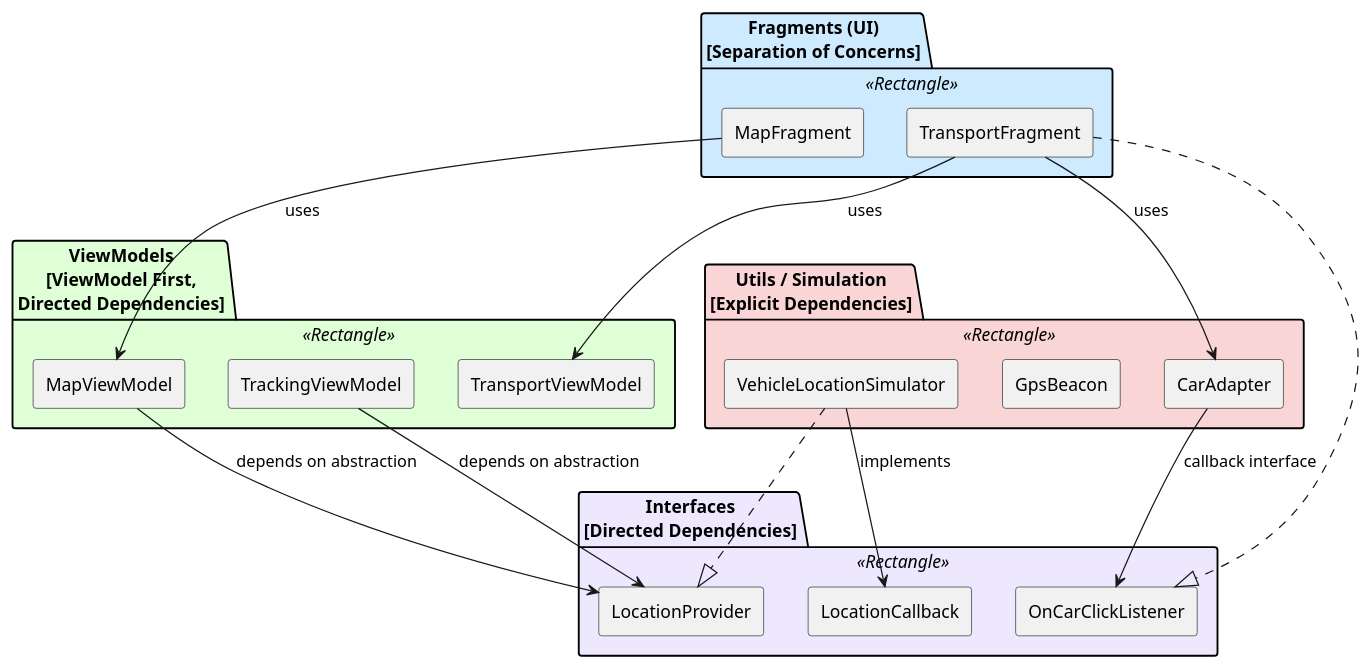
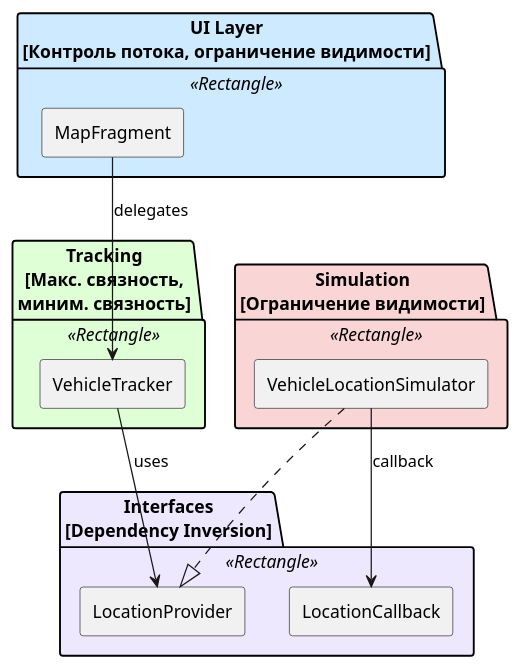
One commit to seruyvodoley/vehicle_tracking changed the diagram in app/src/main/java/com/example/vehicletracking/fragments/components.puml. Above: the diagram before and after it, drawn with PlantUML. The commit also changed 2 other files, not shown here.

Commit message:
improved diagrams

```diff
--- a/app/src/main/java/com/example/vehicletracking/fragments/components.puml
+++ b/app/src/main/java/com/example/vehicletracking/fragments/components.puml
@@ -1,55 +1,41 @@
 @startuml
 
-' Настройка визуального стиля
 skinparam componentStyle rectangle
 skinparam defaultTextAlignment center
 
-' Цветовая схема:
+' ==== Цветовая схема ====
 ' #CDEAFF – UI слой (Fragments)
-' #DFFFD6 – ViewModels
-' #F9D6D5 – Utils / Simulation (Логика и данные)
-' #EEE8FF – Interfaces (Контракты и абстракции)
+' #DFFFD6 – Трекинг / Контроль
+' #F9D6D5 – Симуляция (данные, генерация координат)
+' #EEE8FF – Абстракции / Интерфейсы
 
 ' ==== UI Layer ====
-package "Fragments (UI)\n[Separation of Concerns]" <<Rectangle>> #CDEAFF {
+package "UI Layer\n[Контроль потока, ограничение видимости]" <<Rectangle>> #CDEAFF {
   [MapFragment]
-  [TransportFragment]
 }
 
-' ==== ViewModel Layer ====
-package "ViewModels\n[ViewModel First,\nDirected Dependencies]" <<Rectangle>> #DFFFD6 {
-  [MapViewModel]
-  [TrackingViewModel]
-  [TransportViewModel]
+' ==== Tracking Logic ====
+package "Tracking\n[Макс. связность,\nминим. связность]" <<Rectangle>> #DFFFD6 {
+  [VehicleTracker]
 }
 
-' ==== Data & Simulation Layer ====
-package "Utils / Simulation\n[Explicit Dependencies]" <<Rectangle>> #F9D6D5 {
+' ==== Simulation ====
+package "Simulation\n[Ограничение видимости]" <<Rectangle>> #F9D6D5 {
   [VehicleLocationSimulator]
-  [GpsBeacon]
-  [CarAdapter]
 }
 
-' ==== Interfaces & Contracts ====
-package "Interfaces\n[Directed Dependencies]" <<Rectangle>> #EEE8FF {
+' ==== Interfaces ====
+package "Interfaces\n[Dependency Inversion]" <<Rectangle>> #EEE8FF {
   [LocationProvider]
   [LocationCallback]
-  [OnCarClickListener]
 }
 
 ' ==== Directed Dependencies ====
-[MapFragment] --> [MapViewModel] : uses
-[TransportFragment] --> [TransportViewModel] : uses
-[TransportFragment] --> [CarAdapter] : uses
+[MapFragment] --> [VehicleTracker] : delegates
+[VehicleTracker] --> [LocationProvider] : uses
+[VehicleLocationSimulator] --> [LocationCallback] : callback
 
-[MapViewModel] --> [LocationProvider] : depends on abstraction
-[TrackingViewModel] --> [LocationProvider] : depends on abstraction
-
-[CarAdapter] --> [OnCarClickListener] : callback interface
-[VehicleLocationSimulator] --> [LocationCallback] : implements
-
-' ==== Реализация интерфейсов ====
+' ==== Interface Implementation ====
 [VehicleLocationSimulator] ..|> [LocationProvider]
-[TransportFragment] ..|> [OnCarClickListener]
 
 @enduml
```
